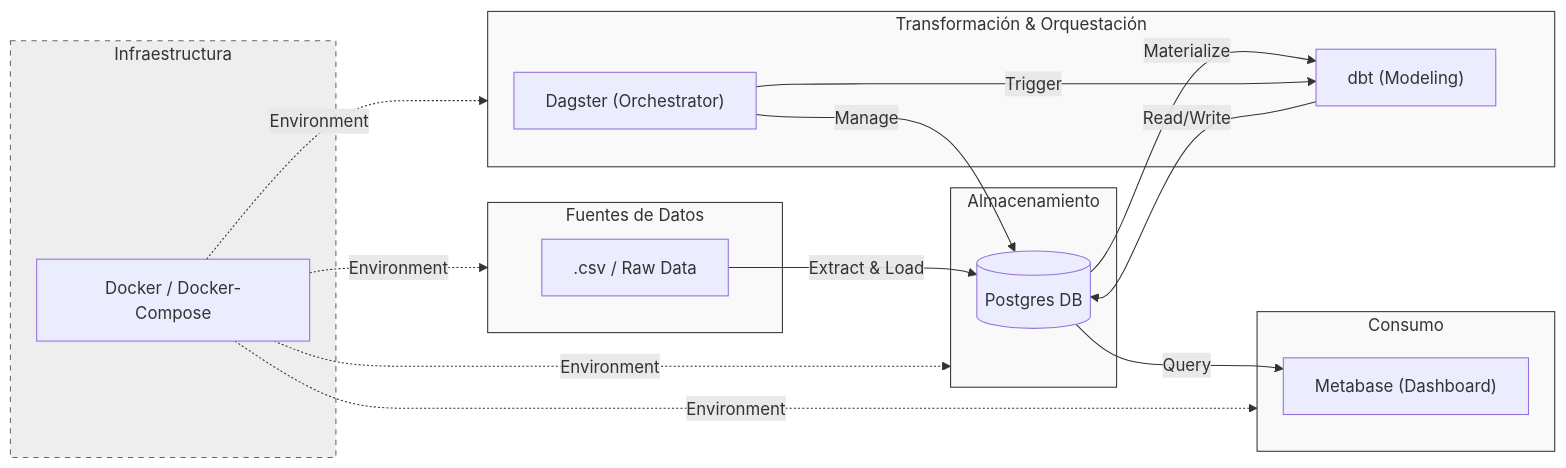
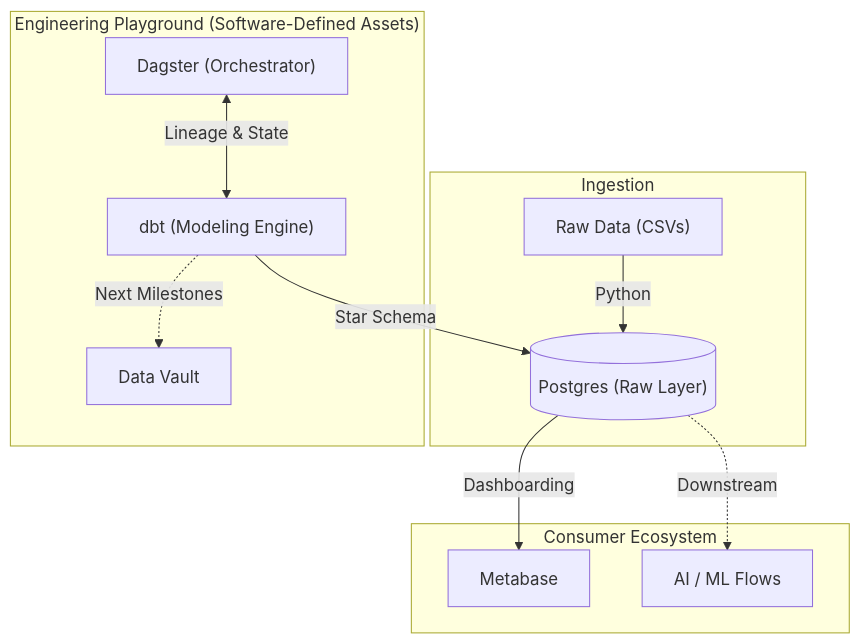
The diagram in README.md (26-jorge-01/analytics-modeling-lab), drawn with Mermaid before and after one commit. The commit also changed other lines of this file and 19 other files, not shown here.

````diff
--- a/README.md
+++ b/README.md
@@ -24,41 +19,20 @@
 ```mermaid
-graph LR
-    subgraph Sources ["Fuentes de Datos"]
-        CSVs[".csv / Raw Data"]
+graph TD
+    subgraph Ingestion
+        Raw["Raw Data (CSVs)"] --> |Python| PGL[("Postgres (Raw Layer)")]
+    end
+    
+    subgraph "Engineering Playground (Software-Defined Assets)"
+        Dagster["Dagster (Orchestrator)"]
+        dbt["dbt (Modeling Engine)"]
+        
+        Dagster <--> |Lineage & State| dbt
+        dbt --> |Star Schema| PGL
+        dbt -.-> |Next Milestones| DV["Data Vault"]
     end
 
-    subgraph Storage ["Almacenamiento"]
-        Postgres[("Postgres DB")]
+    subgraph "Consumer Ecosystem"
+        PGL --> |Dashboarding| Metabase["Metabase"]
+        PGL -.-> |Downstream| AI["AI / ML Flows"]
     end
-
-    subgraph Transformation ["Transformación & Orquestación"]
-        Dagster["Dagster (Orchestrator)"]
-        dbt["dbt (Modeling)"]
-    end
-
-    subgraph Consumption ["Consumo"]
-        Metabase["Metabase (Dashboard)"]
-    end
-
-    subgraph Infrastructure ["Infraestructura"]
-        Docker["Docker / Docker-Compose"]
-    end
-
-    CSVs -->|Extract & Load| Postgres
-    Postgres -->|Materialize| dbt
-    dbt -->|Read/Write| Postgres
-    Dagster -->|Trigger| dbt
-    Dagster -->|Manage| Postgres
-    Postgres -->|Query| Metabase
-    
-    Docker -.->|Environment| Sources
-    Docker -.->|Environment| Storage
-    Docker -.->|Environment| Transformation
-    Docker -.->|Environment| Consumption
-
-    style Sources fill:#f9f9f9,stroke:#333,stroke-width:1px
-    style Storage fill:#f9f9f9,stroke:#333,stroke-width:1px
-    style Transformation fill:#f9f9f9,stroke:#333,stroke-width:1px
-    style Consumption fill:#f9f9f9,stroke:#333,stroke-width:1px
-    style Infrastructure fill:#eeeeee,stroke:#666,stroke-width:1px,stroke-dasharray: 5 5
 ```
````
